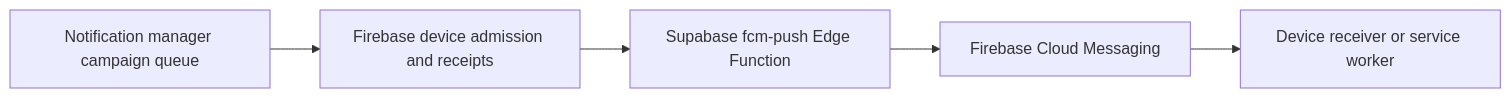
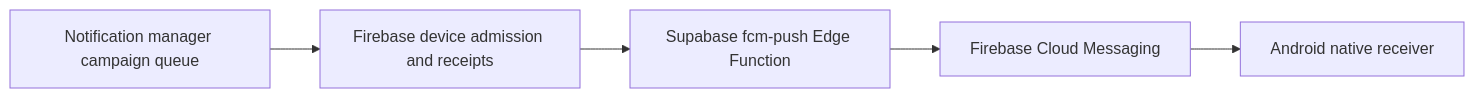
Before and after one commit to Roobs-World/riddle-quest-admin: the diagram in docs/common/notifications/supabase-fcm.md, drawn with Mermaid. The commit also changed other lines of this file and 8 other files, not shown here.

````diff
--- a/docs/common/notifications/supabase-fcm.md
+++ b/docs/common/notifications/supabase-fcm.md
@@ -5,7 +5,7 @@
 ```mermaid
 flowchart LR
     Manager[Notification manager campaign queue] --> Authority[Firebase device admission and receipts]
     Authority --> Edge[Supabase fcm-push Edge Function]
     Edge --> FCM[Firebase Cloud Messaging]
-    FCM --> Device[Device receiver or service worker]
+    FCM --> Device[Android native receiver]
 ```
````
